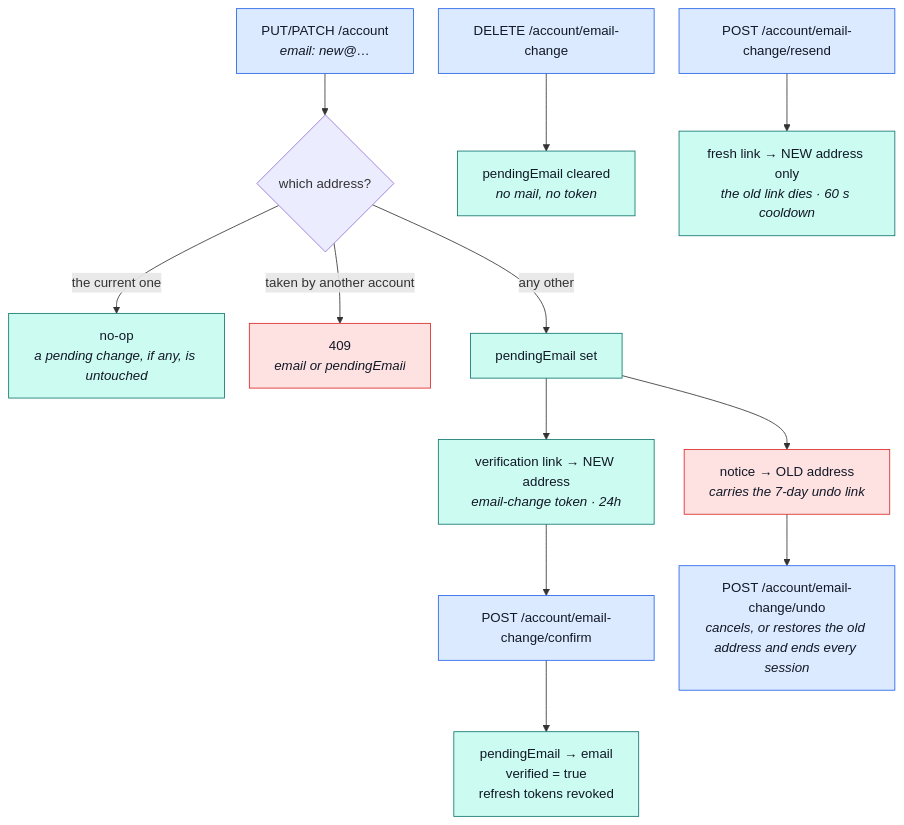
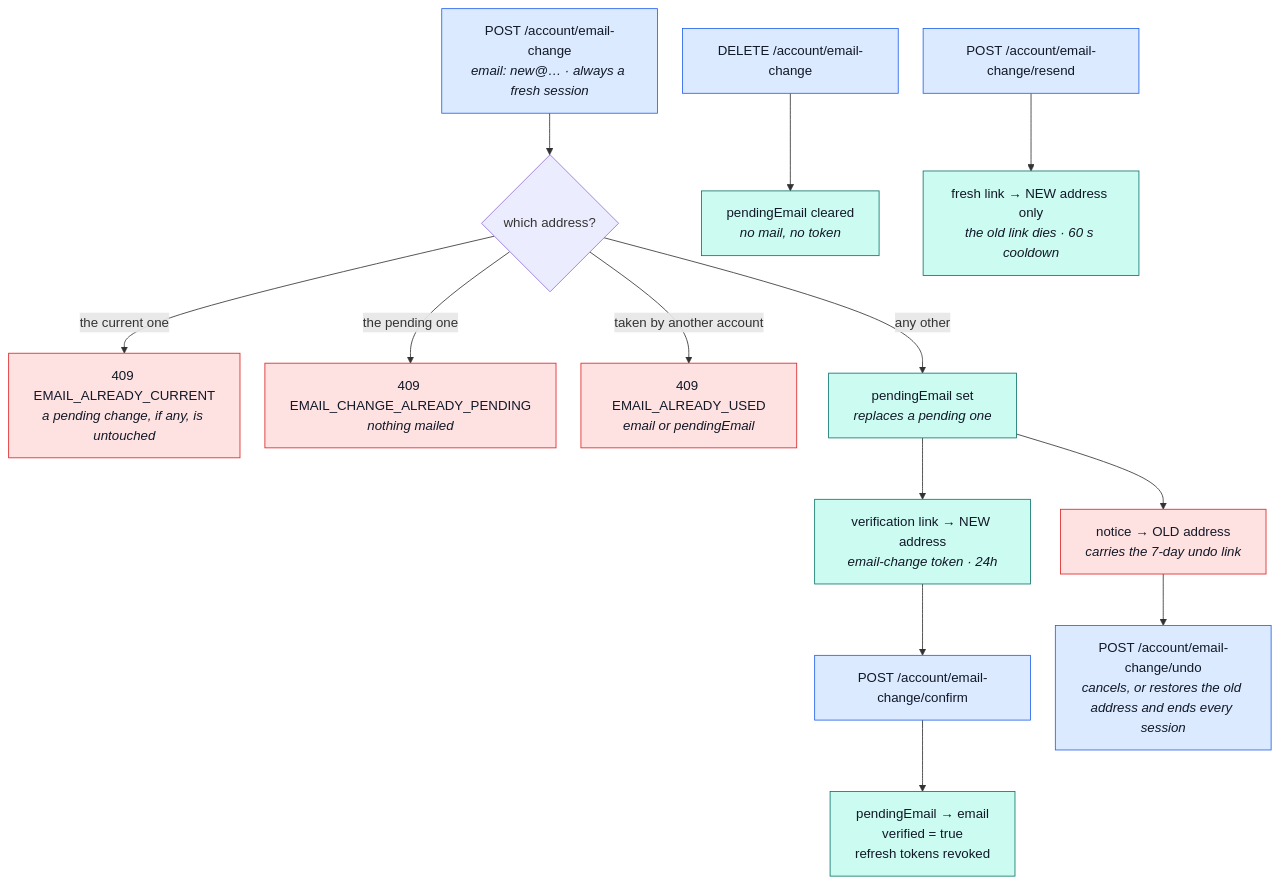
The third of 5 diagrams in docs/modules/account.md (Guebbit/boilerplate-node-backend), drawn with Mermaid before and after one commit. The commit also changed other lines of this file and 33 other files, not shown here.

First line of the commit message:
feat(account)!: an email change starts at its own door

````diff
--- a/docs/modules/account.md
+++ b/docs/modules/account.md
@@ -166,22 +166,23 @@
 ```mermaid
 %%{init: {'flowchart': {'nodeSpacing': 30, 'rankSpacing': 50}}}%%
 flowchart TB
-    P["PUT/PATCH /account<br/><i>email: new@…</i>"] --> C{"which address?"}
-    C -->|"the current one"| O["no-op<br/><i>a pending change, if any, is untouched</i>"]
-    C -->|"taken by another account"| R["409<br/><i>email or pendingEmail</i>"]
-    C -->|"any other"| W["pendingEmail set"]
+    P["POST /account/email-change<br/><i>email: new@… · always a fresh session</i>"] --> C{"which address?"}
+    C -->|"the current one"| O["409 EMAIL_ALREADY_CURRENT<br/><i>a pending change, if any, is untouched</i>"]
+    C -->|"the pending one"| O2["409 EMAIL_CHANGE_ALREADY_PENDING<br/><i>nothing mailed</i>"]
+    C -->|"taken by another account"| R["409 EMAIL_ALREADY_USED<br/><i>email or pendingEmail</i>"]
+    C -->|"any other"| W["pendingEmail set<br/><i>replaces a pending one</i>"]
     W --> N["notice → OLD address<br/><i>carries the 7-day undo link</i>"]
     W --> V["verification link → NEW address<br/><i>email-change token · 24h</i>"]
     V --> F["POST /account/email-change/confirm"]
     F --> S["pendingEmail → email<br/>verified = true<br/>refresh tokens revoked"]
     N --> U["POST /account/email-change/undo<br/><i>cancels, or restores the old address and ends every session</i>"]
     D["DELETE /account/email-change"] --> X["pendingEmail cleared<br/><i>no mail, no token</i>"]
     Q["POST /account/email-change/resend"] --> V2["fresh link → NEW address only<br/><i>the old link dies · 60 s cooldown</i>"]
 
     classDef entry fill:#dbeafe,stroke:#2563eb,color:#111827;
     classDef warn fill:#fee2e2,stroke:#dc2626,color:#111827;
     classDef done fill:#ccfbf1,stroke:#0f766e,color:#111827;
     class P,F,D,Q,U entry;
-    class R,N warn;
-    class O,W,V,V2,S,X done;
+    class R,N,O,O2 warn;
+    class W,V,V2,S,X done;
 ```
````
